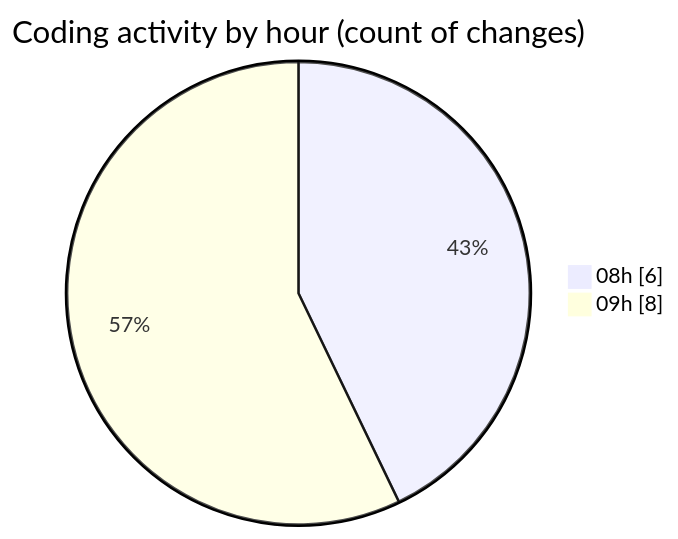
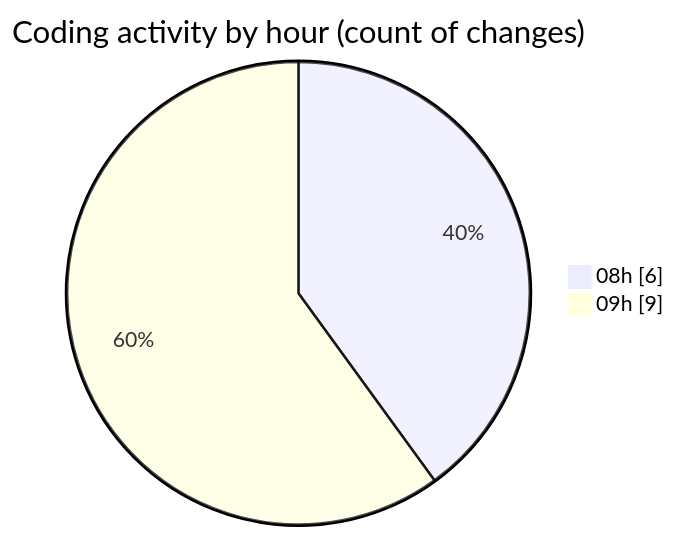
One commit to vahidmafi/code-tracking changed the second of 2 diagrams in 2025-04-11/zeytoon/README.md. Above: the diagram before and after it, drawn with Mermaid. The commit also changed other lines of this file and 1 other file, not shown here.

````diff
--- a/2025-04-11/zeytoon/README.md
+++ b/2025-04-11/zeytoon/README.md
@@ -32,6 +32,6 @@
 ```mermaid
 pie showData
 title Coding activity by hour (count of changes)
 "08h" : 6
-"09h" : 8
+"09h" : 9
 ```
````
